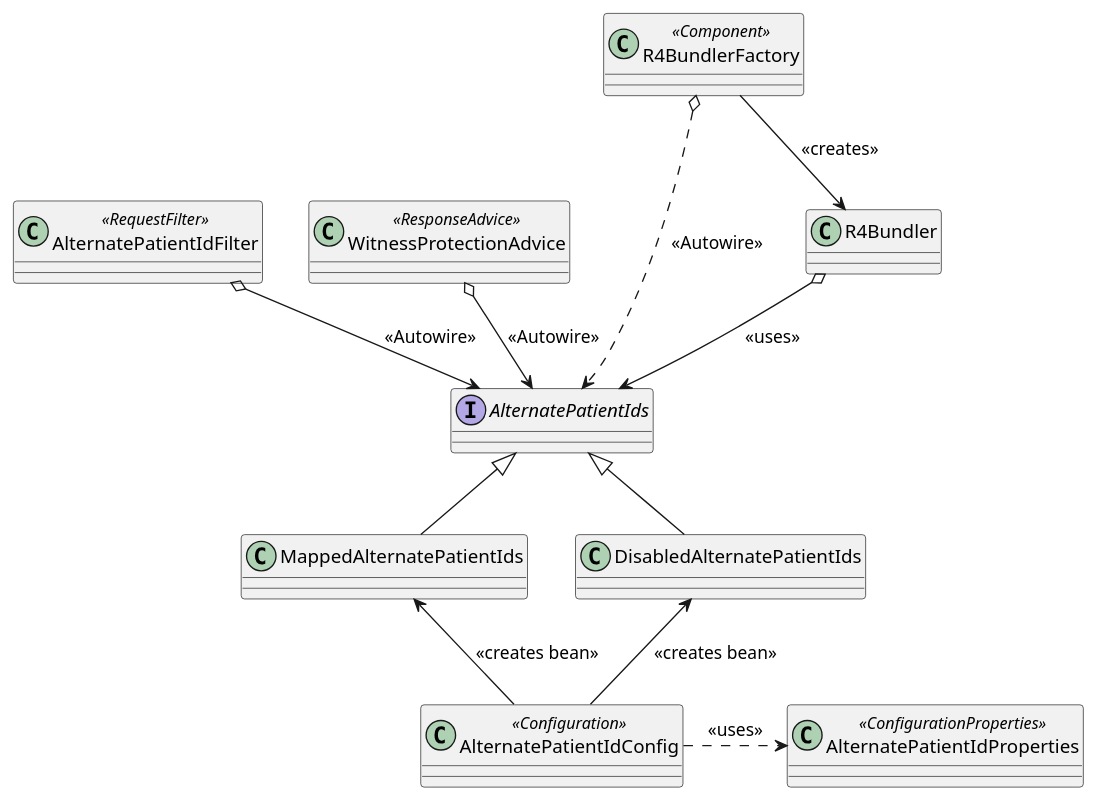
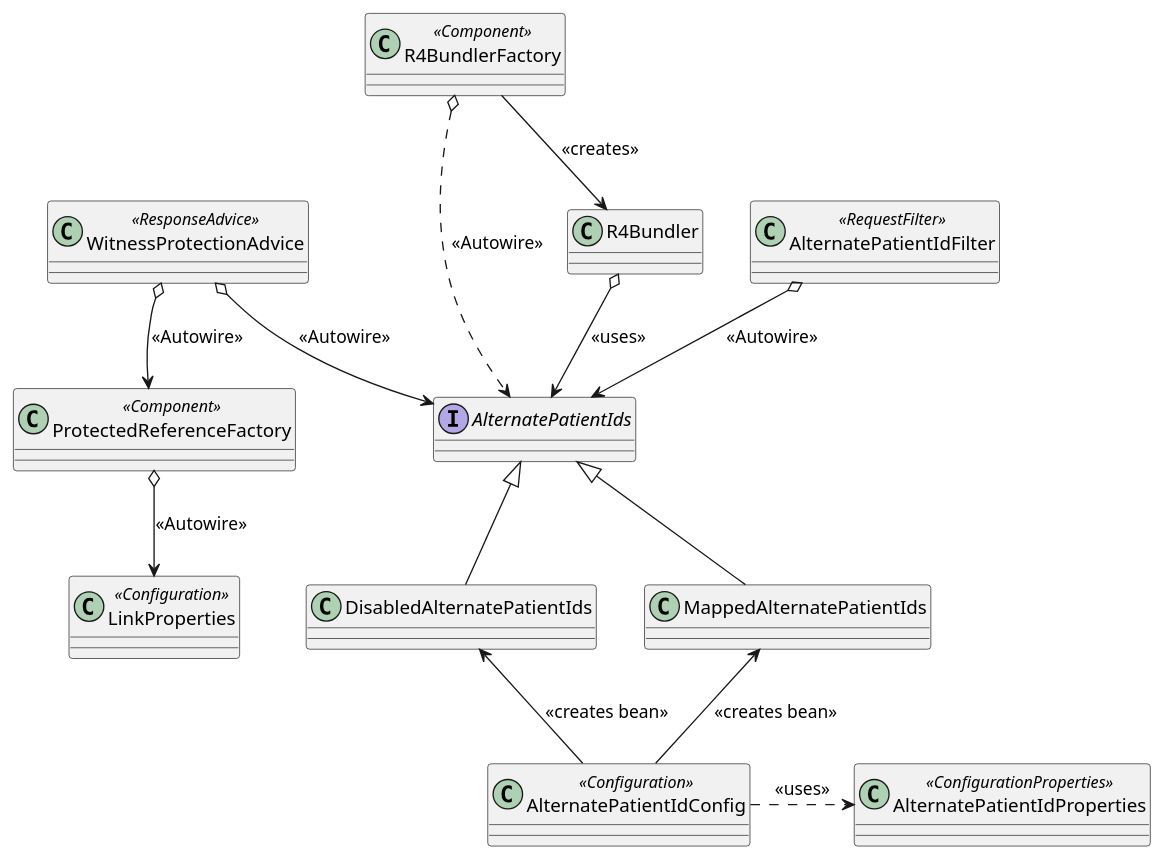
The diagram in vista-fhir-query/src/plantuml/alternate-patient-id-components.puml (tnguyen-va/health-apis-vista-fhir-query), drawn with PlantUML before and after one commit. The commit also changed 8 other files, not shown here.

```diff
--- a/vista-fhir-query/src/plantuml/alternate-patient-id-components.puml
+++ b/vista-fhir-query/src/plantuml/alternate-patient-id-components.puml
@@ -1,24 +1,29 @@
 @startuml
 class AlternatePatientIdProperties <<ConfigurationProperties>>
 class AlternatePatientIdConfig <<Configuration>>
 class AlternatePatientIdFilter <<RequestFilter>>
 interface AlternatePatientIds
 class DisabledAlternatePatientIds
 class MappedAlternatePatientIds
 class WitnessProtectionAdvice <<ResponseAdvice>>
 class R4Bundler
 class R4BundlerFactory <<Component>>
+class ProtectedReferenceFactory <<Component>>
+class LinkProperties <<Configuration>>
+
+ProtectedReferenceFactory o--> LinkProperties : <<Autowire>>
 
 AlternatePatientIdConfig .> AlternatePatientIdProperties : <<uses>>
 AlternatePatientIdConfig -up-> DisabledAlternatePatientIds : <<creates bean>>
 AlternatePatientIdConfig -up-> MappedAlternatePatientIds : <<creates bean>>
 
 DisabledAlternatePatientIds -up-|> AlternatePatientIds
 MappedAlternatePatientIds -up-|> AlternatePatientIds
 
 AlternatePatientIdFilter o--> AlternatePatientIds : <<Autowire>>
 WitnessProtectionAdvice o--> AlternatePatientIds : <<Autowire>>
+WitnessProtectionAdvice o--> ProtectedReferenceFactory : <<Autowire>>
 R4Bundler o--> AlternatePatientIds : <<uses>>
 R4BundlerFactory o..> AlternatePatientIds : <<Autowire>>
 R4BundlerFactory --> R4Bundler : <<creates>>
 @enduml
```
